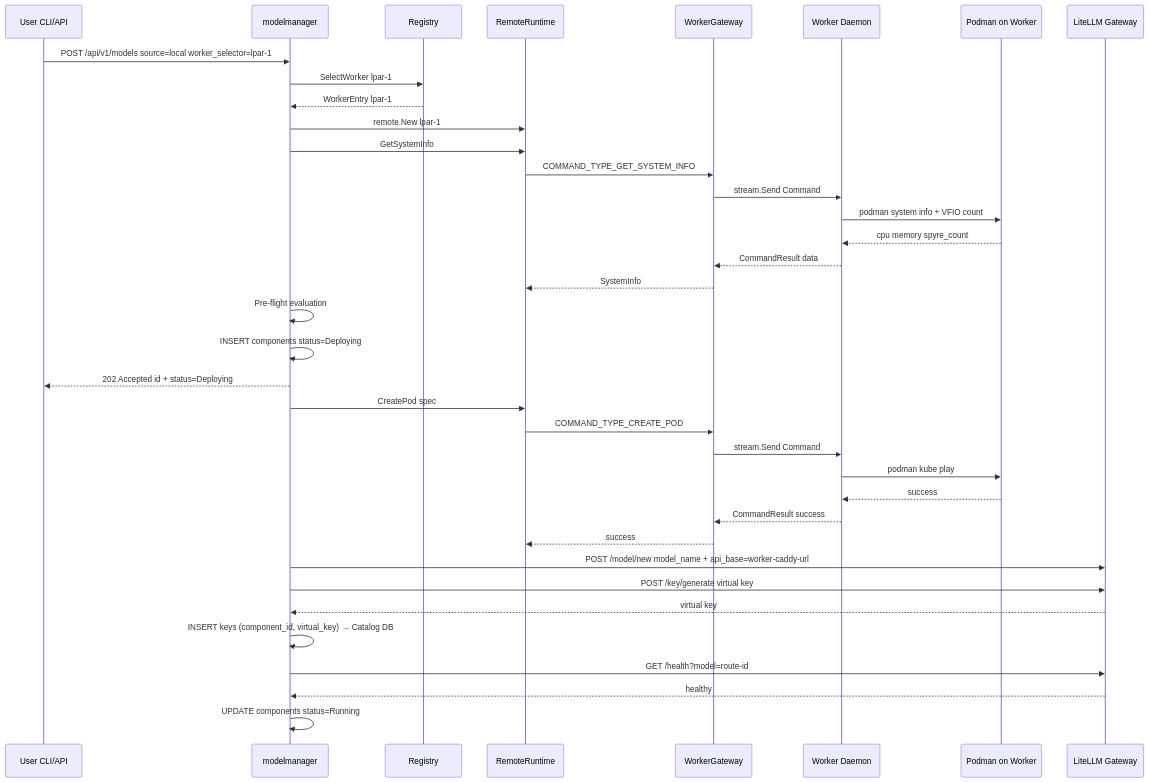
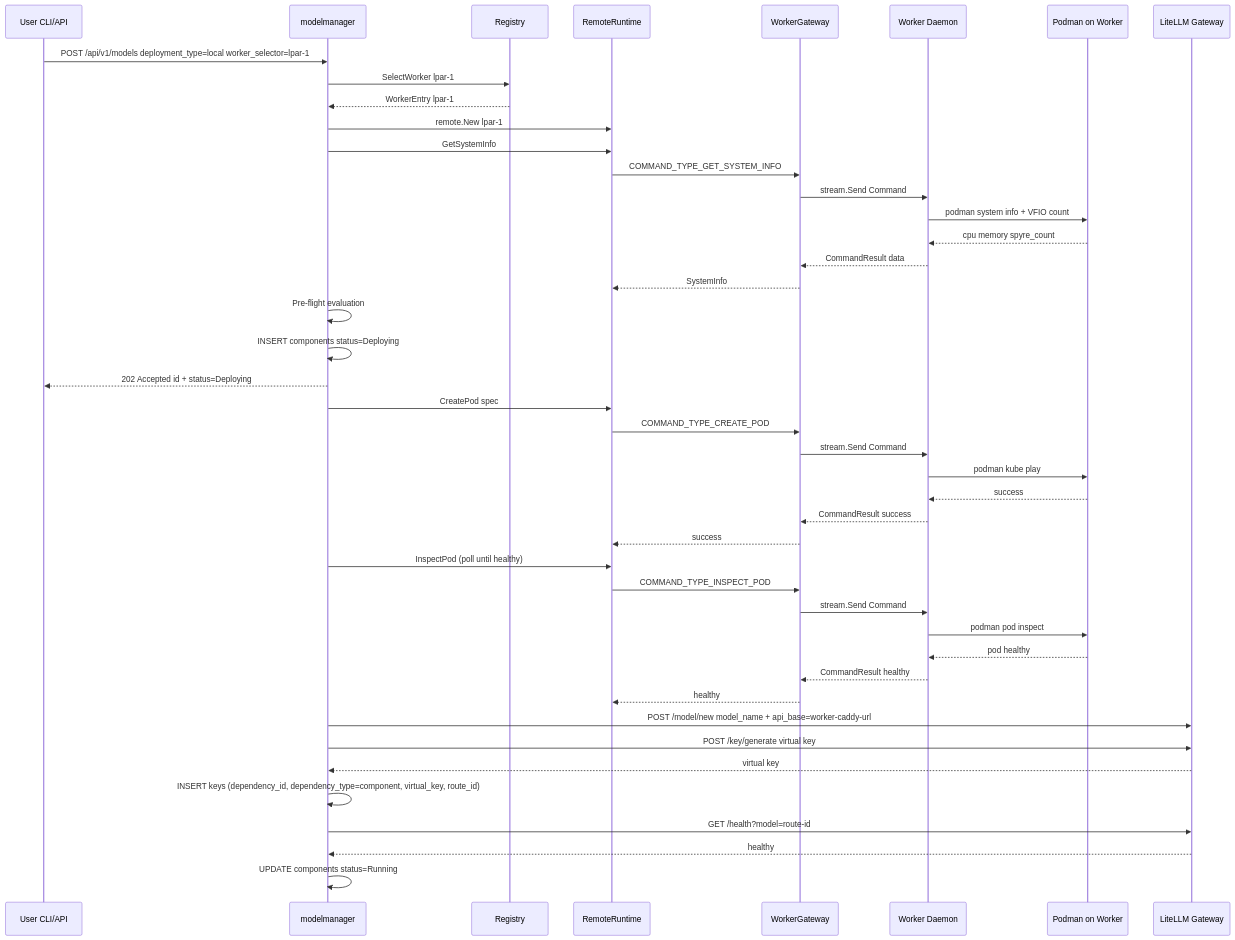
Before and after one commit to IBM/project-ai-services: the third of 3 diagrams in docs/proposals/model-management/model-management-architecture.md, drawn with Mermaid. The commit also changed other lines of this file and 3 other files, not shown here.

````diff
--- a/docs/proposals/model-management/model-management-architecture.md
+++ b/docs/proposals/model-management/model-management-architecture.md
@@ -186,44 +188,52 @@
 ```mermaid
 sequenceDiagram
     participant U as User CLI/API
     participant MM as modelmanager
     participant REG as Registry
     participant RR as RemoteRuntime
     participant GW as WorkerGateway
     participant DA as Worker Daemon
     participant PM as Podman on Worker
     participant LLM as LiteLLM Gateway
 
-    U->>MM: POST /api/v1/models source=local worker_selector=lpar-1
+    U->>MM: POST /api/v1/models deployment_type=local worker_selector=lpar-1
     MM->>REG: SelectWorker lpar-1
     REG-->>MM: WorkerEntry lpar-1
     MM->>RR: remote.New lpar-1
 
     MM->>RR: GetSystemInfo
     RR->>GW: COMMAND_TYPE_GET_SYSTEM_INFO
     GW->>DA: stream.Send Command
     DA->>PM: podman system info + VFIO count
     PM-->>DA: cpu memory spyre_count
     DA-->>GW: CommandResult data
     GW-->>RR: SystemInfo
     MM->>MM: Pre-flight evaluation
 
     MM->>MM: INSERT components status=Deploying
     MM-->>U: 202 Accepted id + status=Deploying
 
     MM->>RR: CreatePod spec
     RR->>GW: COMMAND_TYPE_CREATE_POD
     GW->>DA: stream.Send Command
     DA->>PM: podman kube play
     PM-->>DA: success
     DA-->>GW: CommandResult success
     GW-->>RR: success
 
+    MM->>RR: InspectPod (poll until healthy)
+    RR->>GW: COMMAND_TYPE_INSPECT_POD
+    GW->>DA: stream.Send Command
+    DA->>PM: podman pod inspect
+    PM-->>DA: pod healthy
+    DA-->>GW: CommandResult healthy
+    GW-->>RR: healthy
+
     MM->>LLM: POST /model/new model_name + api_base=worker-caddy-url
     MM->>LLM: POST /key/generate virtual key
     LLM-->>MM: virtual key
-    MM->>MM: INSERT keys (component_id, virtual_key) → Catalog DB
+    MM->>MM: INSERT keys (dependency_id, dependency_type=component, virtual_key, route_id)
     MM->>LLM: GET /health?model=route-id
     LLM-->>MM: healthy
     MM->>MM: UPDATE components status=Running
 ```
````
